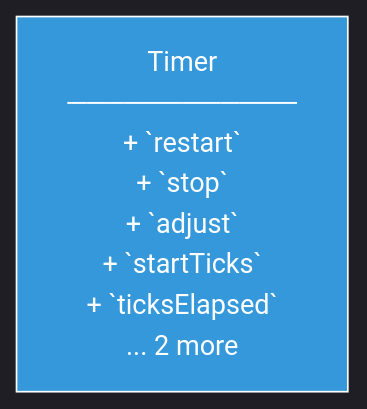
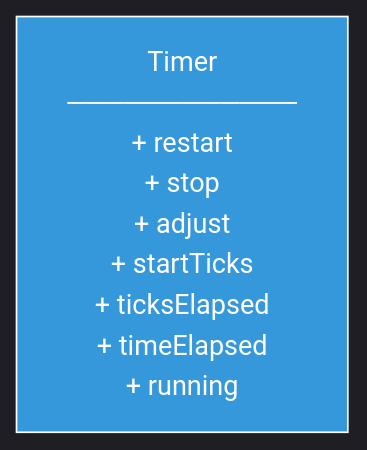
Before and after one commit to lukaszj321/otcv8-dev: the diagram in docs/authoring/01_core/api/cpp/framework/diagrams/timer.mmd, drawn with Mermaid. The commit also changed 62 other files, not shown here.

First line of the commit message:
Fix comment spacing and expand truncated diagrams

```diff
--- a/docs/authoring/01_core/api/cpp/framework/diagrams/timer.mmd
+++ b/docs/authoring/01_core/api/cpp/framework/diagrams/timer.mmd
@@ -1,5 +1,5 @@
 %%{init: {'theme':'dark','themeVariables': {'primaryTextColor':'#ddd','lineColor':'#9aa0a6'}, 'securityLevel':'loose'}}%%
 graph TD
     classDef api fill:#3498db,stroke:#fff,color:#fff;
     
-    Timer["Timer<br/>────────────<br/>+ `restart`<br/>+ `stop`<br/>+ `adjust`<br/>+ `startTicks`<br/>+ `ticksElapsed`<br/>... 2 more<br/>"]:::api
+    Timer["Timer<br/>────────────<br/>+ restart<br/>+ stop<br/>+ adjust<br/>+ startTicks<br/>+ ticksElapsed<br/>+ timeElapsed<br/>+ running<br/>"]:::api
```
